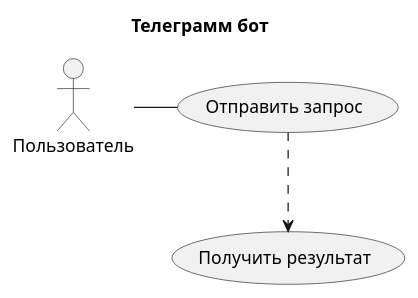
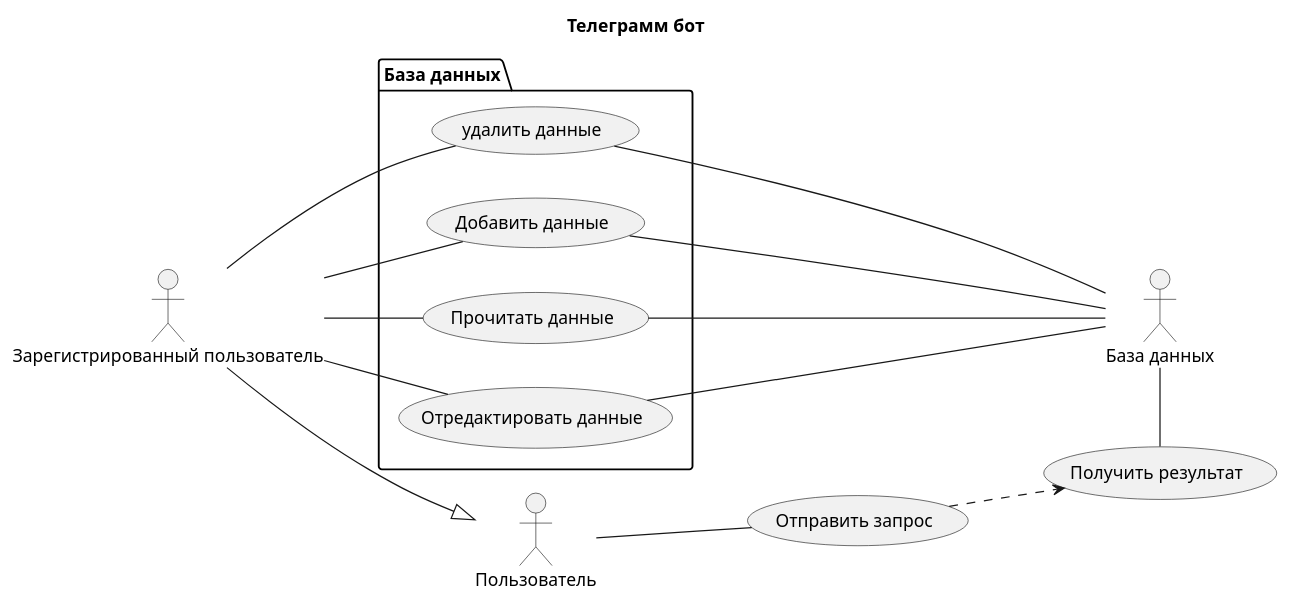
The diagram in src/docs/usecase.wsd (GodEmperor40000/telegram_bot), drawn with PlantUML before and after one commit. The commit also changed 1 other file, not shown here.

```diff
--- a/src/docs/usecase.wsd
+++ b/src/docs/usecase.wsd
@@ -1,14 +1,35 @@
 @startuml Example
     title Телеграмм бот 
 
-    'left to right direction
+    left to right direction
 
     actor "Пользователь" as User
+    actor "База данных" as Db
+    actor "Зарегистрированный пользователь" as Auth_user
 
-    usecase "Отправить запрос" as Question
-    usecase "Получить результат" as Result
+    usecase "Отправить запрос" as question
+    usecase "Получить результат" as result
 
-    User - Question
-    
-    Question ..> Result
+    package "База данных" {
+    usecase "Добавить данные" as create
+    usecase "Прочитать данные" as read
+    usecase "Отредактировать данные" as update
+    usecase "удалить данные" as del
+    }
+
+    User -- question
+    question ..> result
+    Auth_user -|> User
+
+    Auth_user -- create
+    Auth_user - read
+    Auth_user - update
+    Auth_user - del
+
+    Db - result
+
+    Db -up-- create
+    Db -left-- read
+    Db -left-- update
+    Db -left-- del
 @enduml
```
